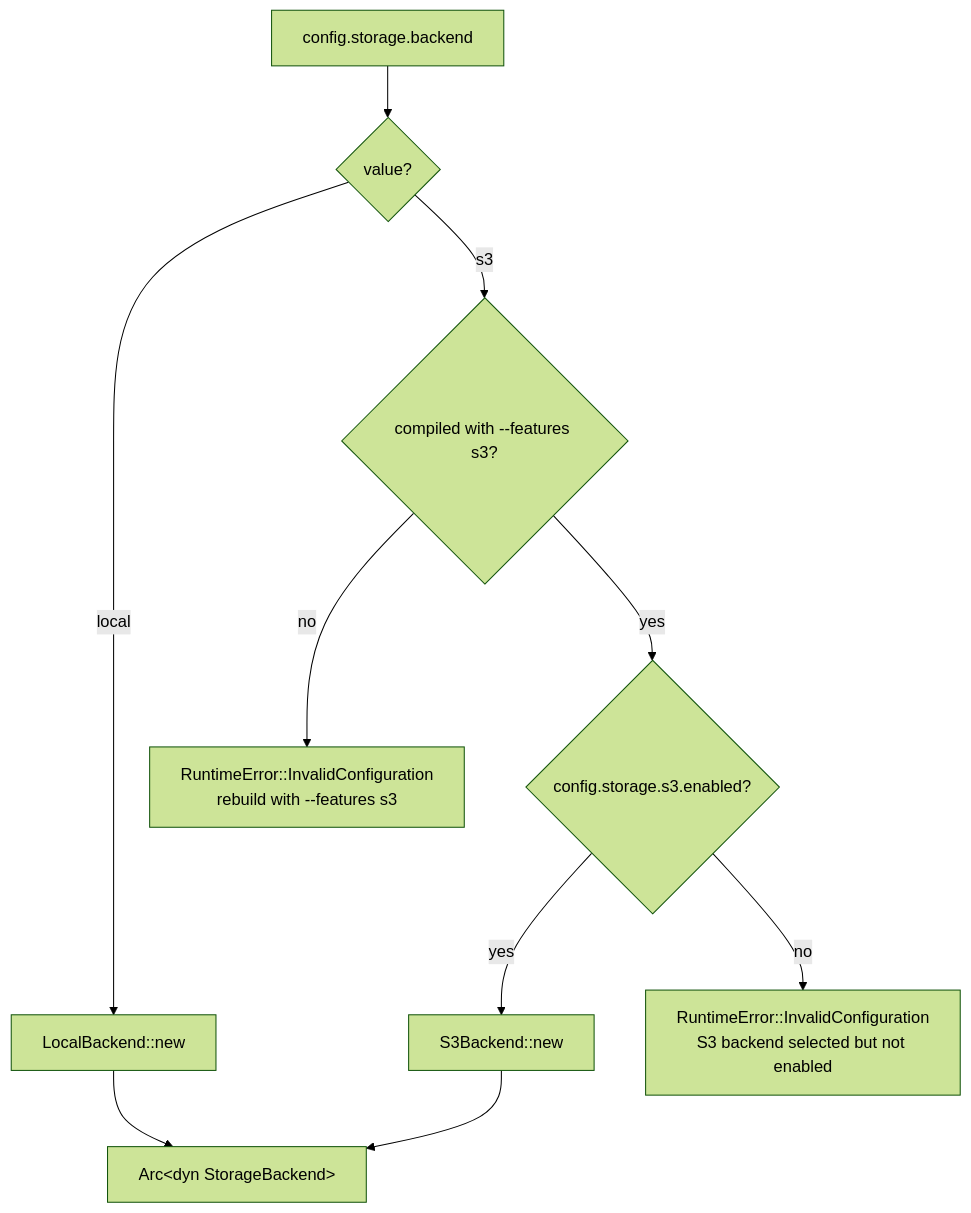
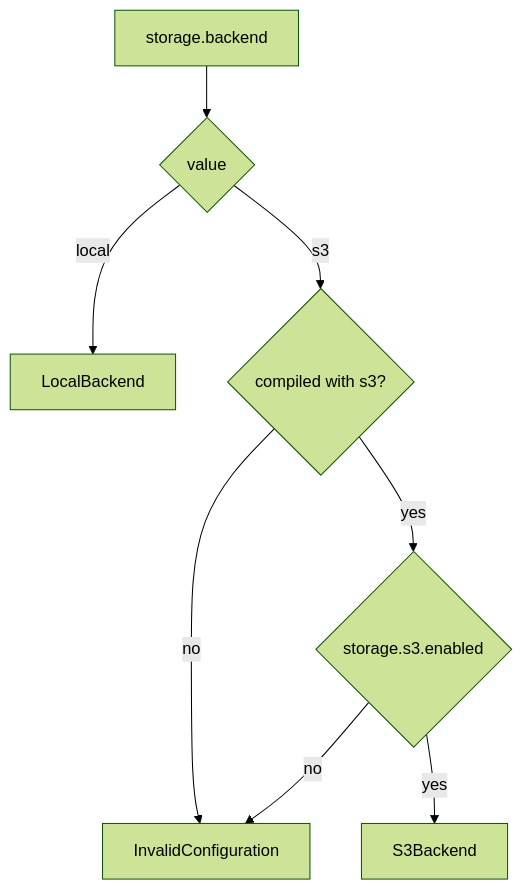
One commit to Lighty-Launcher/LightyUpdater changed the third of 3 diagrams in crates/runtime/docs/flows.md. Above: the diagram before and after it, drawn with Mermaid (forest theme). The commit also changed other lines of this file and 22 other files, not shown here.

First line of the commit message:
Simplify per-crate docs + harden mermaid for GitBook

````diff
--- a/crates/runtime/docs/flows.md
+++ b/crates/runtime/docs/flows.md
@@ -70,12 +52,10 @@
 ```mermaid
 flowchart TD
-    Cfg[config.storage.backend] --> Local{value?}
-    Local -->|"local"| LB[LocalBackend::new]
-    Local -->|"s3"| Feat{compiled with --features s3?}
-    Feat -->|yes| Enabled{config.storage.s3.enabled?}
-    Feat -->|no| Err1[RuntimeError::InvalidConfiguration<br/>rebuild with --features s3]
-    Enabled -->|yes| S3[S3Backend::new]
-    Enabled -->|no| Err2[RuntimeError::InvalidConfiguration<br/>S3 backend selected but not enabled]
-    LB --> Arc[Arc&lt;dyn StorageBackend&gt;]
-    S3 --> Arc
+    Cfg[storage.backend] --> Sw{value}
+    Sw -->|local| LB[LocalBackend]
+    Sw -->|s3| Feat{compiled with s3?}
+    Feat -->|no| Err[InvalidConfiguration]
+    Feat -->|yes| Enabled{storage.s3.enabled}
+    Enabled -->|no| Err
+    Enabled -->|yes| S3[S3Backend]
 ```
````
